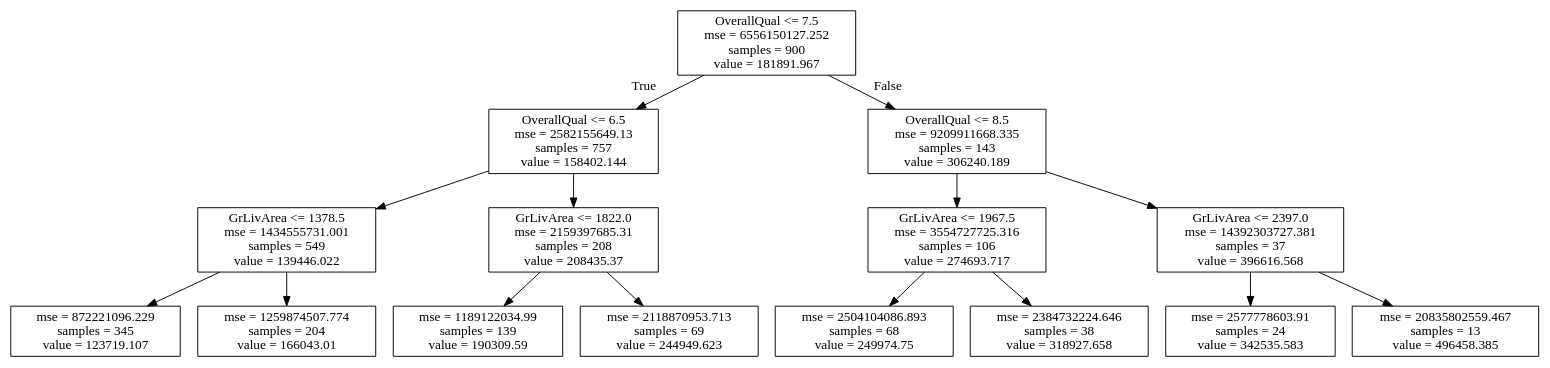
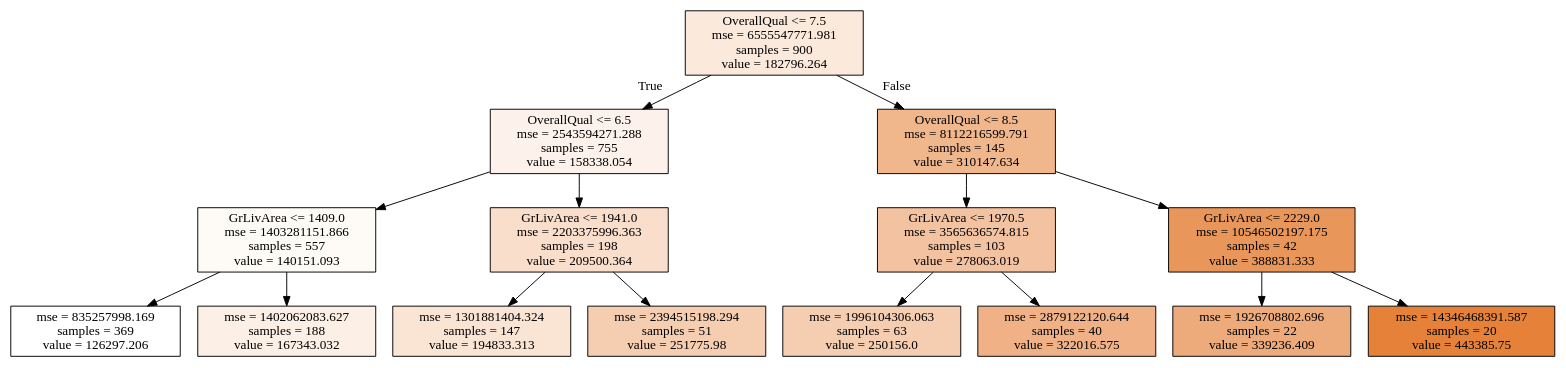
One commit to Gadiben/AML2018 changed the diagram in Notebooks/challenges/tree.dot. Above: the diagram before and after it, drawn with Graphviz. The commit also changed 5 other files, not shown here.

```diff
--- a/Notebooks/challenges/tree.dot
+++ b/Notebooks/challenges/tree.dot
@@ -1,32 +1,32 @@
 digraph Tree {
-node [shape=box] ;
-0 [label="OverallQual <= 7.5\nmse = 6556150127.252\nsamples = 900\nvalue = 181891.967"] ;
-1 [label="OverallQual <= 6.5\nmse = 2582155649.13\nsamples = 757\nvalue = 158402.144"] ;
+node [shape=box, style="filled", color="black"] ;
+0 [label="OverallQual <= 7.5\nmse = 6555547771.981\nsamples = 900\nvalue = 182796.264", fillcolor="#e581392d"] ;
+1 [label="OverallQual <= 6.5\nmse = 2543594271.288\nsamples = 755\nvalue = 158338.054", fillcolor="#e581391a"] ;
 0 -> 1 [labeldistance=2.5, labelangle=45, headlabel="True"] ;
-2 [label="GrLivArea <= 1378.5\nmse = 1434555731.001\nsamples = 549\nvalue = 139446.022"] ;
+2 [label="GrLivArea <= 1409.0\nmse = 1403281151.866\nsamples = 557\nvalue = 140151.093", fillcolor="#e581390b"] ;
 1 -> 2 ;
-3 [label="mse = 872221096.229\nsamples = 345\nvalue = 123719.107"] ;
+3 [label="mse = 835257998.169\nsamples = 369\nvalue = 126297.206", fillcolor="#e5813900"] ;
 2 -> 3 ;
-4 [label="mse = 1259874507.774\nsamples = 204\nvalue = 166043.01"] ;
+4 [label="mse = 1402062083.627\nsamples = 188\nvalue = 167343.032", fillcolor="#e5813921"] ;
 2 -> 4 ;
-5 [label="GrLivArea <= 1822.0\nmse = 2159397685.31\nsamples = 208\nvalue = 208435.37"] ;
+5 [label="GrLivArea <= 1941.0\nmse = 2203375996.363\nsamples = 198\nvalue = 209500.364", fillcolor="#e5813943"] ;
 1 -> 5 ;
-6 [label="mse = 1189122034.99\nsamples = 139\nvalue = 190309.59"] ;
+6 [label="mse = 1301881404.324\nsamples = 147\nvalue = 194833.313", fillcolor="#e5813937"] ;
 5 -> 6 ;
-7 [label="mse = 2118870953.713\nsamples = 69\nvalue = 244949.623"] ;
+7 [label="mse = 2394515198.294\nsamples = 51\nvalue = 251775.98", fillcolor="#e5813965"] ;
 5 -> 7 ;
-8 [label="OverallQual <= 8.5\nmse = 9209911668.335\nsamples = 143\nvalue = 306240.189"] ;
+8 [label="OverallQual <= 8.5\nmse = 8112216599.791\nsamples = 145\nvalue = 310147.634", fillcolor="#e5813994"] ;
 0 -> 8 [labeldistance=2.5, labelangle=-45, headlabel="False"] ;
-9 [label="GrLivArea <= 1967.5\nmse = 3554727725.316\nsamples = 106\nvalue = 274693.717"] ;
+9 [label="GrLivArea <= 1970.5\nmse = 3565636574.815\nsamples = 103\nvalue = 278063.019", fillcolor="#e581397a"] ;
 8 -> 9 ;
-10 [label="mse = 2504104086.893\nsamples = 68\nvalue = 249974.75"] ;
+10 [label="mse = 1996104306.063\nsamples = 63\nvalue = 250156.0", fillcolor="#e5813964"] ;
 9 -> 10 ;
-11 [label="mse = 2384732224.646\nsamples = 38\nvalue = 318927.658"] ;
+11 [label="mse = 2879122120.644\nsamples = 40\nvalue = 322016.575", fillcolor="#e581399d"] ;
 9 -> 11 ;
-12 [label="GrLivArea <= 2397.0\nmse = 14392303727.381\nsamples = 37\nvalue = 396616.568"] ;
+12 [label="GrLivArea <= 2229.0\nmse = 10546502197.175\nsamples = 42\nvalue = 388831.333", fillcolor="#e58139d3"] ;
 8 -> 12 ;
-13 [label="mse = 2577778603.91\nsamples = 24\nvalue = 342535.583"] ;
+13 [label="mse = 1926708802.696\nsamples = 22\nvalue = 339236.409", fillcolor="#e58139ab"] ;
 12 -> 13 ;
-14 [label="mse = 20835802559.467\nsamples = 13\nvalue = 496458.385"] ;
+14 [label="mse = 14346468391.587\nsamples = 20\nvalue = 443385.75", fillcolor="#e58139ff"] ;
 12 -> 14 ;
 }
```
